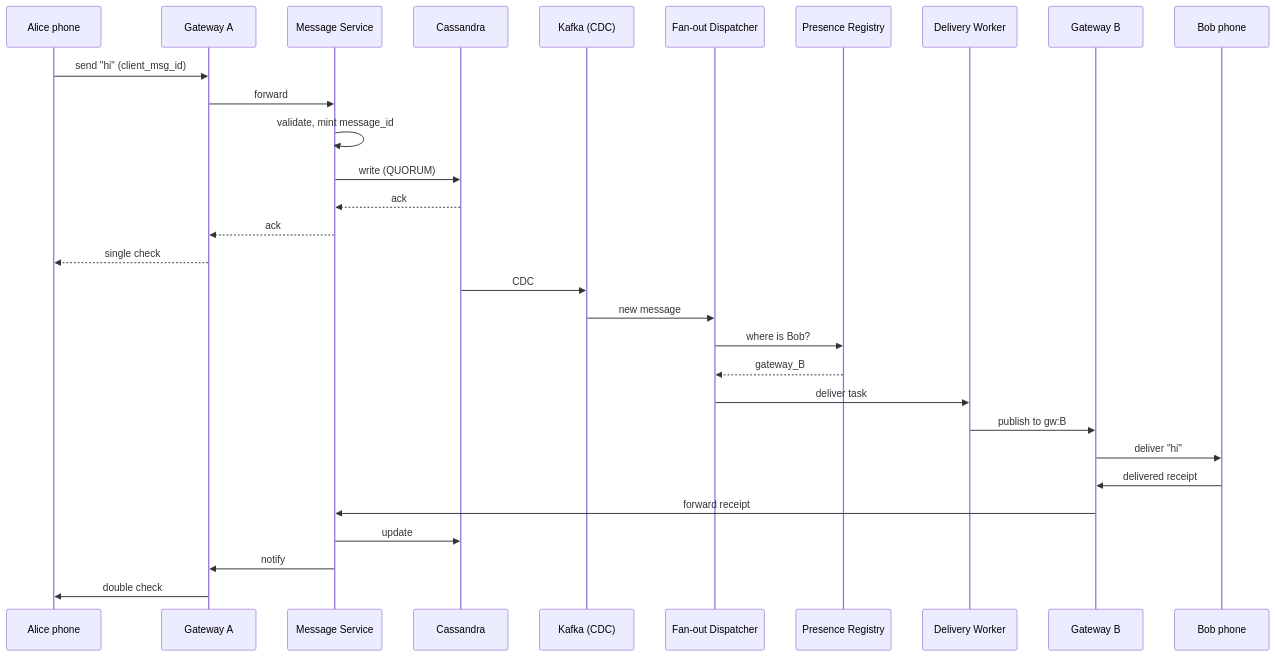
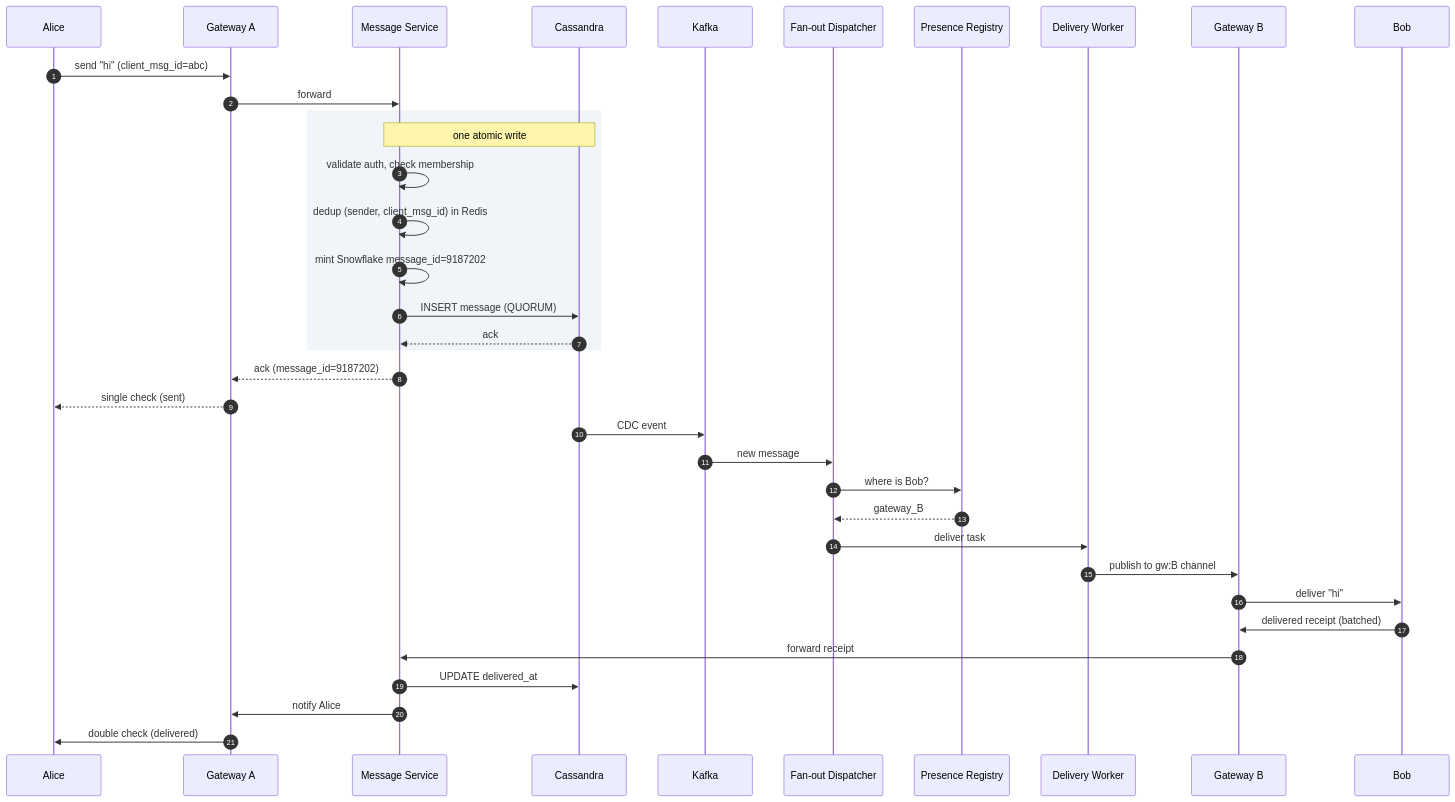
One commit to shiningflash/system-design changed the second of 4 diagrams in problems/003-chat-system/solution.md. Above: the diagram before and after it, drawn with Mermaid. The commit also changed other lines of this file and 38 other files, not shown here.

````diff
--- a/problems/003-chat-system/solution.md
+++ b/problems/003-chat-system/solution.md
@@ -266,33 +235,41 @@
 ```mermaid
 sequenceDiagram
-    participant A as Alice phone
+    autonumber
+    participant Alice
     participant GA as Gateway A
     participant MS as Message Service
-    participant DB as Cassandra
-    participant K as Kafka (CDC)
+    participant Cass as Cassandra
+    participant K as Kafka
     participant FD as Fan-out Dispatcher
     participant PR as Presence Registry
     participant DW as Delivery Worker
     participant GB as Gateway B
-    participant B as Bob phone
+    participant Bob
 
-    A->>GA: send "hi" (client_msg_id)
+    Alice->>GA: send "hi" (client_msg_id=abc)
     GA->>MS: forward
-    MS->>MS: validate, mint message_id
-    MS->>DB: write (QUORUM)
-    DB-->>MS: ack
-    MS-->>GA: ack
-    GA-->>A: single check
-    DB->>K: CDC
+
+    rect rgb(241, 245, 249)
+        Note over MS,Cass: one atomic write
+        MS->>MS: validate auth, check membership
+        MS->>MS: dedup (sender, client_msg_id) in Redis
+        MS->>MS: mint Snowflake message_id=9187202
+        MS->>Cass: INSERT message (QUORUM)
+        Cass-->>MS: ack
+    end
+
+    MS-->>GA: ack (message_id=9187202)
+    GA-->>Alice: single check (sent)
+    Cass->>K: CDC event
     K->>FD: new message
     FD->>PR: where is Bob?
     PR-->>FD: gateway_B
     FD->>DW: deliver task
-    DW->>GB: publish to gw:B
-    GB->>B: deliver "hi"
-    B->>GB: delivered receipt
+    DW->>GB: publish to gw:B channel
+    GB->>Bob: deliver "hi"
+    Bob->>GB: delivered receipt (batched)
     GB->>MS: forward receipt
-    MS->>DB: update
-    MS->>GA: notify
-    GA->>A: double check
+    MS->>Cass: UPDATE delivered_at
+    MS->>GA: notify Alice
+    GA->>Alice: double check (delivered)
 ```
````
